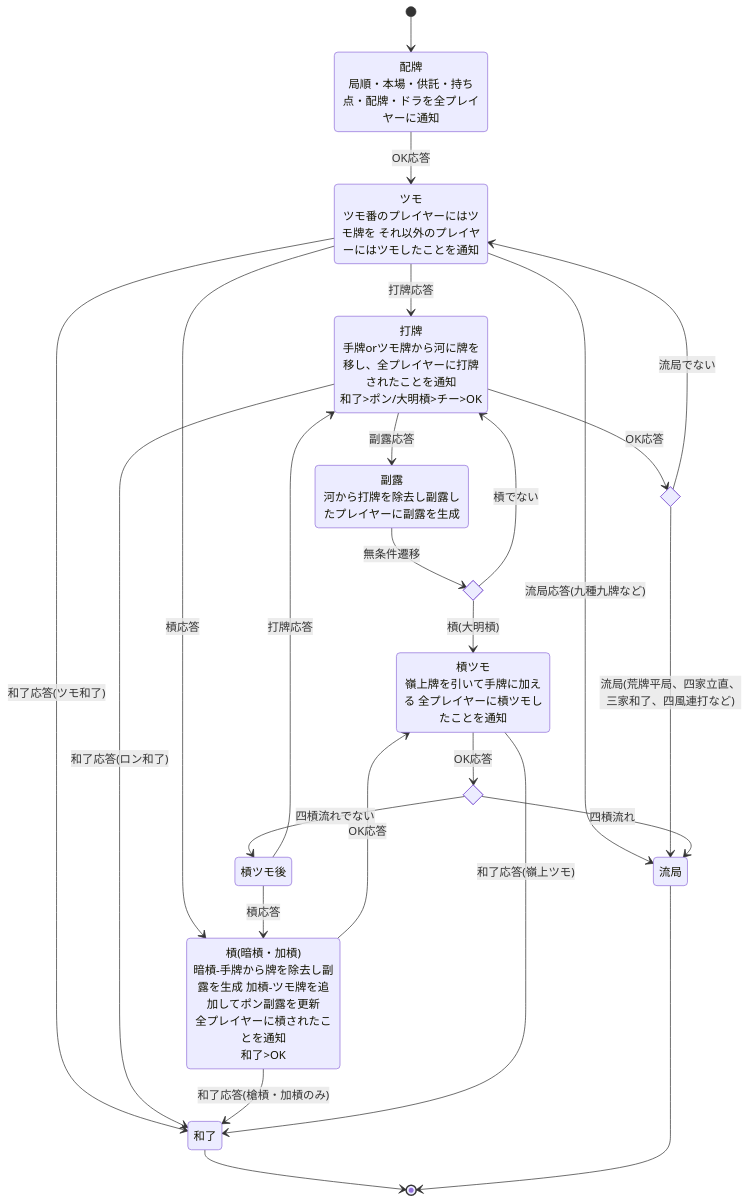
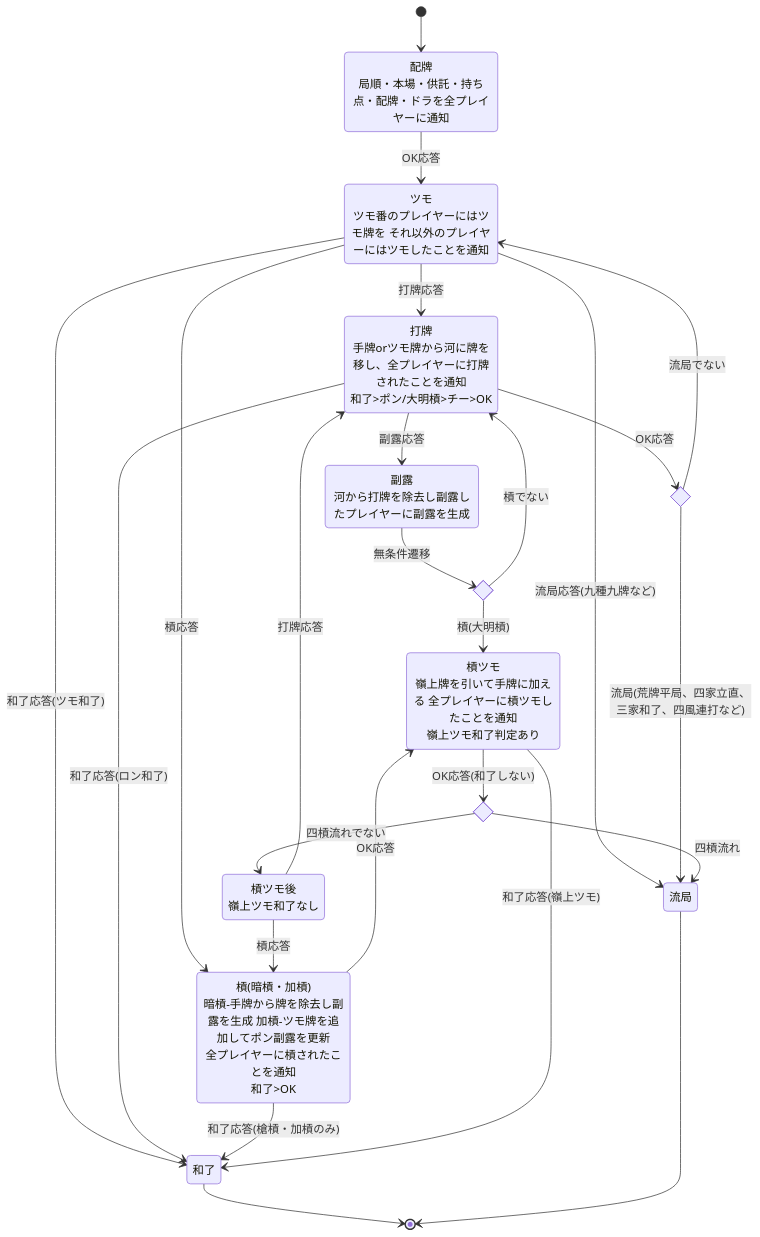
The second of 2 diagrams in docs/Design.md (huurou/Mahjong4), drawn with Mermaid before and after one commit. The commit also changed 6 other files, not shown here.

````diff
--- a/docs/Design.md
+++ b/docs/Design.md
@@ -48,40 +48,40 @@
 ```mermaid
 stateDiagram-v2
     Haipai: 配牌<br>局順・本場・供託・持ち点・配牌・ドラを全プレイヤーに通知
     Tsumo: ツモ<br>ツモ番のプレイヤーにはツモ牌を それ以外のプレイヤーにはツモしたことを通知
     Dahai: 打牌<br>手牌orツモ牌から河に牌を移し、全プレイヤーに打牌されたことを通知<br>和了>ポン/大明槓>チー>OK
     state ChoiceDahai <<choice>>
     Call: 副露<br>河から打牌を除去し副露したプレイヤーに副露を生成
     state ChoiceCall <<choice>>
     Kan: 槓(暗槓・加槓)<br>暗槓-手牌から牌を除去し副露を生成 加槓-ツモ牌を追加してポン副露を更新<br>全プレイヤーに槓されたことを通知<br>和了>OK
-    KanTsumo: 槓ツモ<br>嶺上牌を引いて手牌に加える 全プレイヤーに槓ツモしたことを通知
-    AfterKanTsumo: 槓ツモ後
+    KanTsumo: 槓ツモ<br>嶺上牌を引いて手牌に加える 全プレイヤーに槓ツモしたことを通知<br>嶺上ツモ和了判定あり
+    AfterKanTsumo: 槓ツモ後<br>嶺上ツモ和了なし
     state ChoiceKanTsumo <<choice>>
     Win: 和了
     Ryuukyoku: 流局
 
     [*] --> Haipai
     Haipai --> Tsumo: OK応答
     Tsumo --> Dahai: 打牌応答
     Tsumo --> Kan: 槓応答
     Tsumo --> Win: 和了応答(ツモ和了)
     Tsumo --> Ryuukyoku: 流局応答(九種九牌など)
     Dahai --> Call: 副露応答
     Dahai --> Win: 和了応答(ロン和了)
     Dahai --> ChoiceDahai: OK応答
     ChoiceDahai --> Tsumo: 流局でない
     ChoiceDahai --> Ryuukyoku: 流局(荒牌平局、四家立直、三家和了、四風連打など)
     Call --> ChoiceCall: 無条件遷移
     ChoiceCall --> Dahai: 槓でない
     ChoiceCall --> KanTsumo: 槓(大明槓)
     Kan --> KanTsumo: OK応答
     Kan --> Win: 和了応答(槍槓・加槓のみ)
-    KanTsumo --> ChoiceKanTsumo: OK応答
+    KanTsumo --> ChoiceKanTsumo: OK応答(和了しない)
     KanTsumo --> Win: 和了応答(嶺上ツモ)
     ChoiceKanTsumo --> Ryuukyoku: 四槓流れ
     ChoiceKanTsumo --> AfterKanTsumo: 四槓流れでない
     AfterKanTsumo --> Kan: 槓応答
     AfterKanTsumo --> Dahai: 打牌応答
     Win --> [*]
     Ryuukyoku --> [*]
 ```
````
